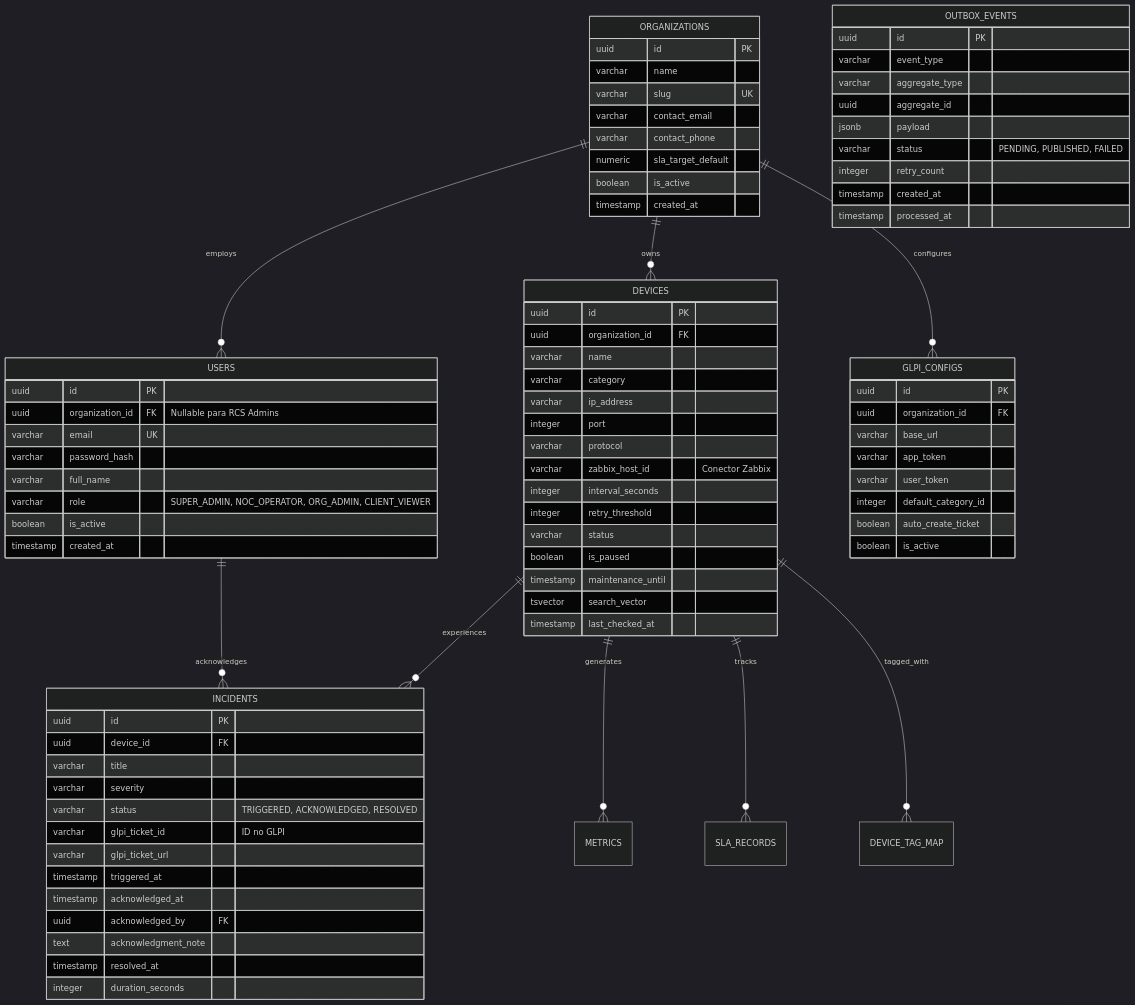
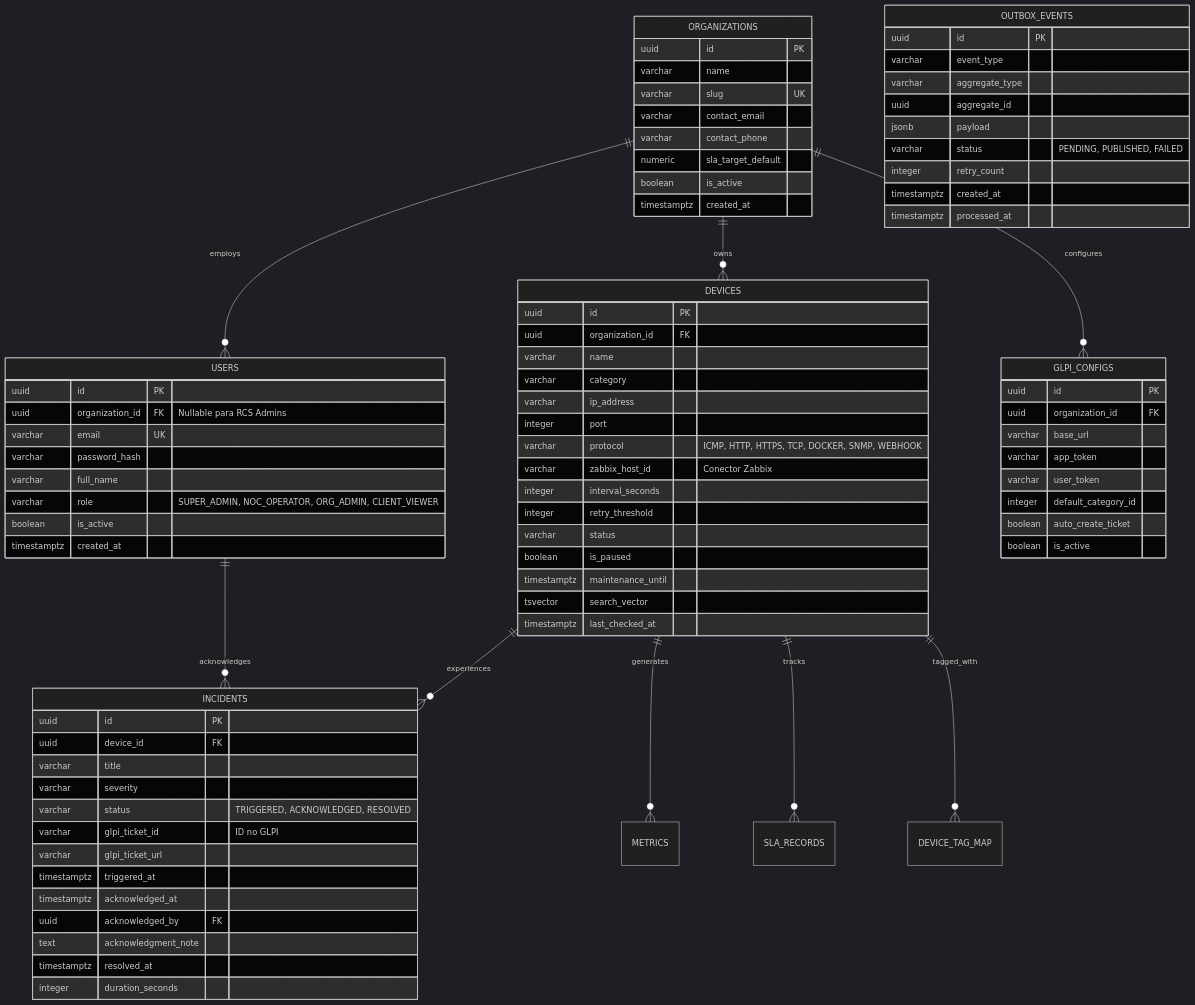
Before and after one commit to NdondaDaniel2020/InfraWatch: the diagram in docs/05-BACKEND_SCHEMA.md, drawn with Mermaid (dark theme). The commit also changed other lines of this file and 6 other files, not shown here.

First line of the commit message:
docs(architecture): sincronizar e atualizar documentacao tecnica do projeto (#192)

````diff
--- a/docs/05-BACKEND_SCHEMA.md
+++ b/docs/05-BACKEND_SCHEMA.md
@@ -23,7 +23,7 @@
         varchar contact_phone
         numeric sla_target_default
         boolean is_active
-        timestamp created_at
+        timestamptz created_at
     }
 
     USERS ||--o{ INCIDENTS : acknowledges
@@ -35,7 +35,7 @@
         varchar full_name
         varchar role "SUPER_ADMIN, NOC_OPERATOR, ORG_ADMIN, CLIENT_VIEWER"
         boolean is_active
-        timestamp created_at
+        timestamptz created_at
     }
 
     DEVICES ||--o{ METRICS : generates
@@ -49,15 +49,15 @@
         varchar category
         varchar ip_address
         integer port
-        varchar protocol
+        varchar protocol "ICMP, HTTP, HTTPS, TCP, DOCKER, SNMP, WEBHOOK"
         varchar zabbix_host_id "Conector Zabbix"
         integer interval_seconds
         integer retry_threshold
         varchar status
         boolean is_paused
-        timestamp maintenance_until
+        timestamptz maintenance_until
         tsvector search_vector
-        timestamp last_checked_at
+        timestamptz last_checked_at
     }
 
     INCIDENTS {
@@ -68,11 +68,11 @@
         varchar status "TRIGGERED, ACKNOWLEDGED, RESOLVED"
         varchar glpi_ticket_id "ID no GLPI"
         varchar glpi_ticket_url
-        timestamp triggered_at
-        timestamp acknowledged_at
+        timestamptz triggered_at
+        timestamptz acknowledged_at
         uuid acknowledged_by FK
         text acknowledgment_note
-        timestamp resolved_at
+        timestamptz resolved_at
         integer duration_seconds
     }
 
@@ -95,7 +95,7 @@
         jsonb payload
         varchar status "PENDING, PUBLISHED, FAILED"
         integer retry_count
-        timestamp created_at
-        timestamp processed_at
+        timestamptz created_at
+        timestamptz processed_at
     }
 ```
````
